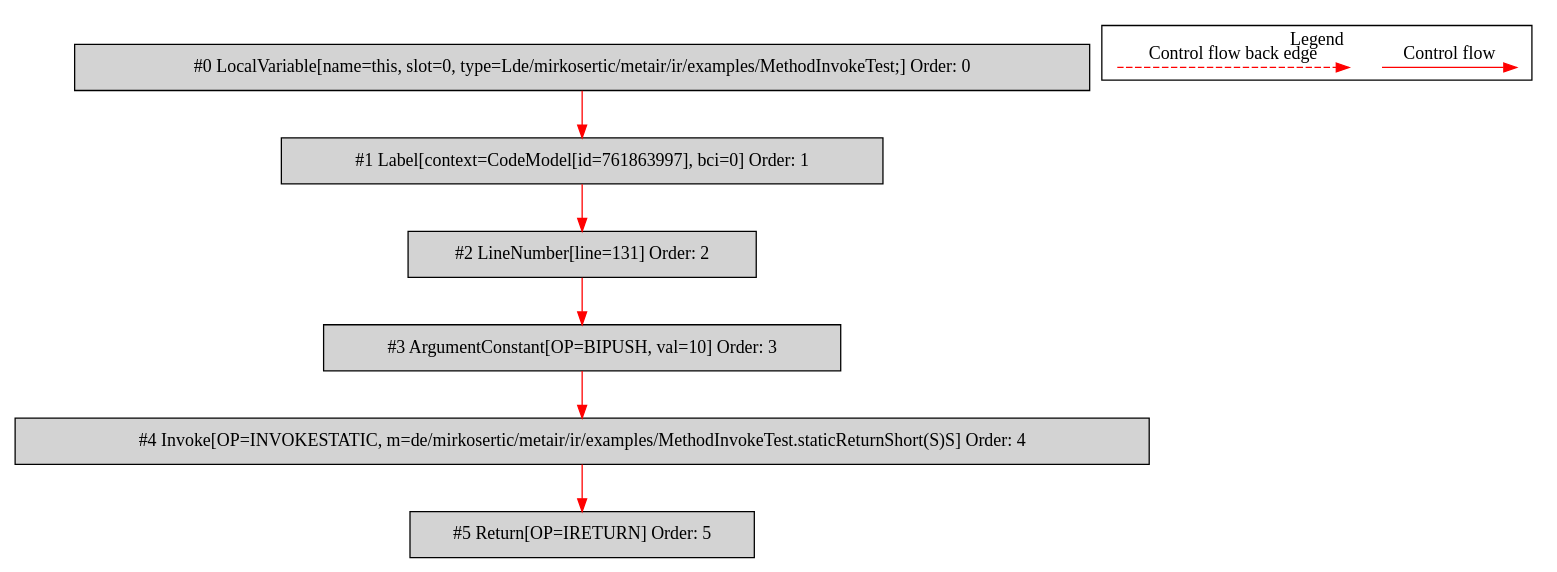
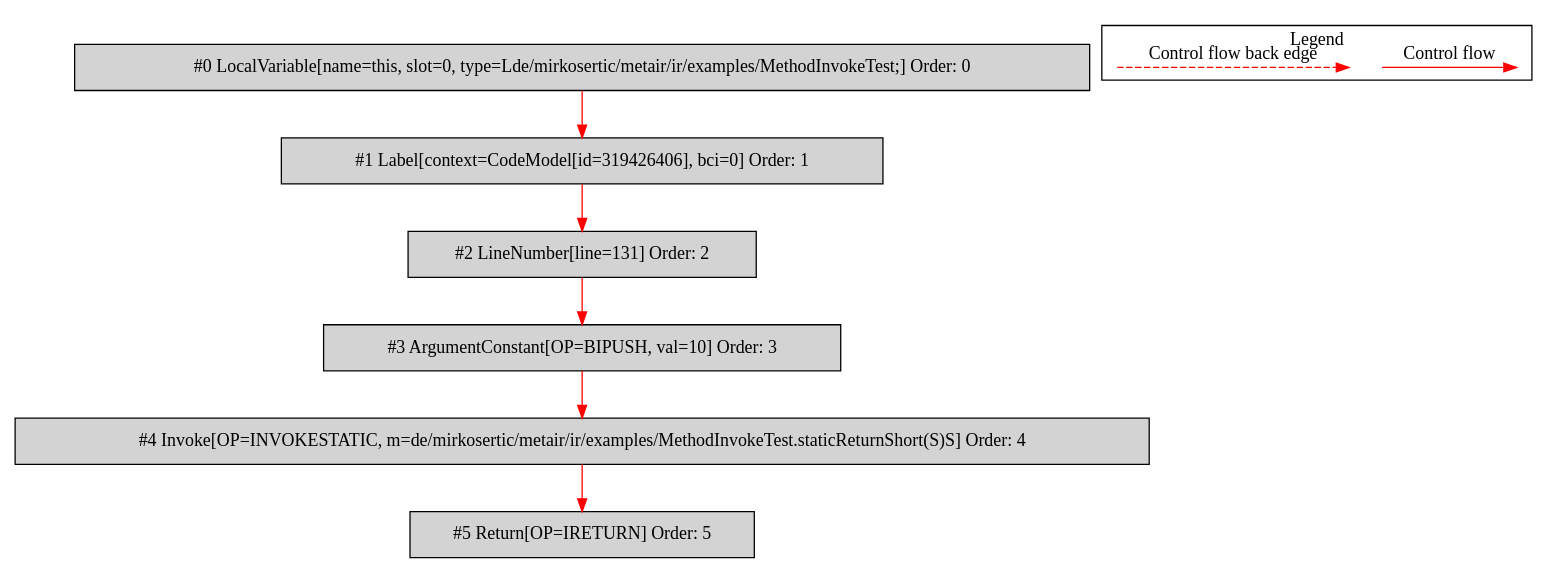
The diagram in de.mirkosertic.metair.ir.examples.MethodInvokeTest/returnShort/bytecodecfg.dot (mirkosertic/MetaIR), drawn with Graphviz before and after one commit. The commit also changed 427 other files, not shown here.

```diff
--- a/de.mirkosertic.metair.ir.examples.MethodInvokeTest/returnShort/bytecodecfg.dot
+++ b/de.mirkosertic.metair.ir.examples.MethodInvokeTest/returnShort/bytecodecfg.dot
@@ -1,28 +1,28 @@
 digraph {
  ordering="in";
  node0[label="#0 LocalVariable[name=this, slot=0, type=Lde/mirkosertic/metair/ir/examples/MethodInvokeTest;] Order: 0", shape=box, fillcolor=lightgrey, style=filled];
- node1[label="#1 Label[context=CodeModel[id=761863997], bci=0] Order: 1", shape=box, fillcolor=lightgrey, style=filled];
+ node1[label="#1 Label[context=CodeModel[id=319426406], bci=0] Order: 1", shape=box, fillcolor=lightgrey, style=filled];
  node2[label="#2 LineNumber[line=131] Order: 2", shape=box, fillcolor=lightgrey, style=filled];
  node3[label="#3 ArgumentConstant[OP=BIPUSH, val=10] Order: 3", shape=box, fillcolor=lightgrey, style=filled];
  node4[label="#4 Invoke[OP=INVOKESTATIC, m=de/mirkosertic/metair/ir/examples/MethodInvokeTest.staticReturnShort(S)S] Order: 4", shape=box, fillcolor=lightgrey, style=filled];
  node5[label="#5 Return[OP=IRETURN] Order: 5", shape=box, fillcolor=lightgrey, style=filled];
  node0 -> node1[color=red];
  node1 -> node2[color=red];
  node2 -> node3[color=red];
  node3 -> node4[color=red];
  node4 -> node5[color=red];
  subgraph cluster_000 {
   label = "Legend";
   node [shape=point]
   {
    rank=same;
    c0 [style = invis];
    c1 [style = invis];
    c2 [style = invis];
    c3 [style = invis];
   }
   c0 -> c1 [label="Control flow", style=solid, color=red]
   c2 -> c3 [label="Control flow back edge", style=dashed, color=red]
  }
 
 }
```
